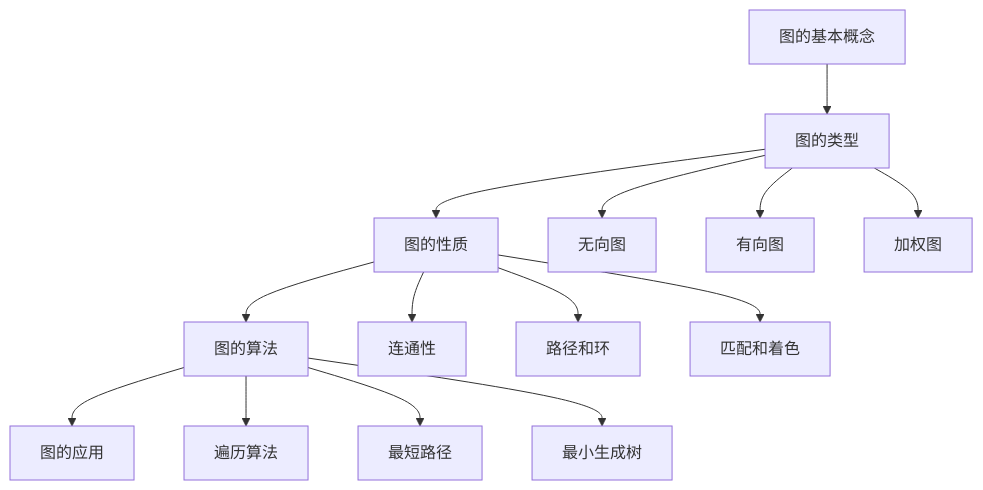
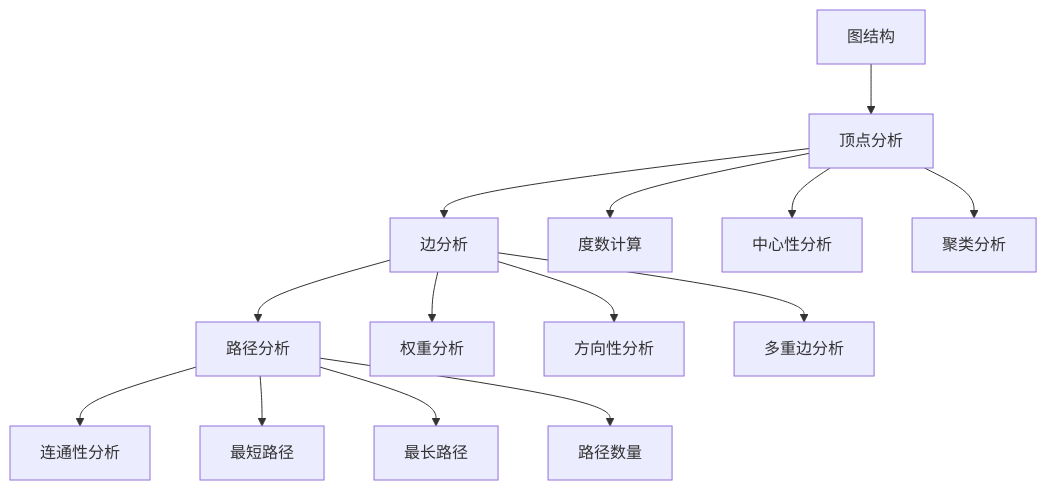
One commit to AdaMartin18010/KnowledgeGraph changed the diagram in docs/02-graph-theory/README.md. Above: the diagram before and after it, drawn with Mermaid. The commit also changed other lines of this file, not shown here.

````diff
--- a/docs/02-graph-theory/README.md
+++ b/docs/02-graph-theory/README.md
@@ -80,19 +76,19 @@
 ```mermaid
 graph TD
-    A[图的基本概念] --> B[图的类型]
-    B --> C[图的性质]
-    C --> D[图的算法]
-    D --> E[图的应用]
+    A[图结构] --> B[顶点分析]
+    B --> C[边分析]
+    C --> D[路径分析]
+    D --> E[连通性分析]
     
-    B --> B1[无向图]
-    B --> B2[有向图]
-    B --> B3[加权图]
+    B --> B1[度数计算]
+    B --> B2[中心性分析]
+    B --> B3[聚类分析]
     
-    C --> C1[连通性]
-    C --> C2[路径和环]
-    C --> C3[匹配和着色]
+    C --> C1[权重分析]
+    C --> C2[方向性分析]
+    C --> C3[多重边分析]
     
-    D --> D1[遍历算法]
-    D --> D2[最短路径]
-    D --> D3[最小生成树]
+    D --> D1[最短路径]
+    D --> D2[最长路径]
+    D --> D3[路径数量]
 ```
````
